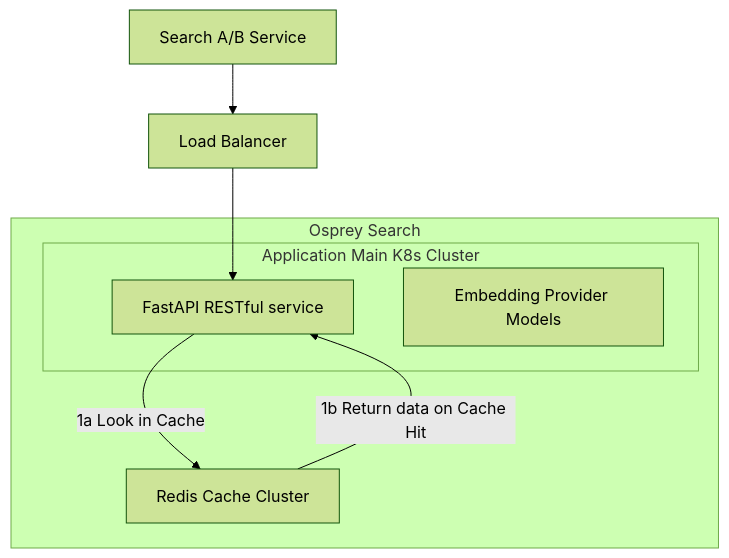
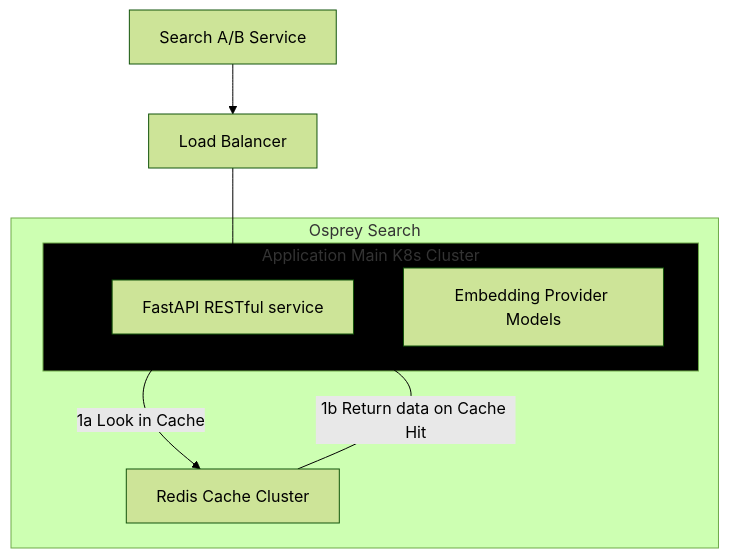
Before and after one commit to caiferris/qtact: the diagram in osprey_search_ARCHITECTURE.md, drawn with Mermaid (forest theme).

Commit message:
Updated osprey doc

````diff
--- a/osprey_search_ARCHITECTURE.md
+++ b/osprey_search_ARCHITECTURE.md
@@ -45,18 +45,18 @@
 ```mermaid
 graph 
   query["Search A/B Service"]
   load_balancer["Load Balancer"]
   api_server["FastAPI RESTful service"]
   embedding_model["Embedding Provider Models"]
   redis["Redis Cache Cluster"]
   query --> load_balancer --> api_server
 subgraph parent_subgraph["Osprey Search"]
   api_server -- 1a Look in Cache --> redis
   redis -- 1b Return data on Cache Hit --> api_server
   subgraph sub_graph_group1["Application Main K8s Cluster"]
-    style sub_graph_group1 stroke: 5, 5
+    style sub_graph_group1 stroke: 5, 5,fill: #000
     api_server
     embedding_model
   end
 end
 ```
````
